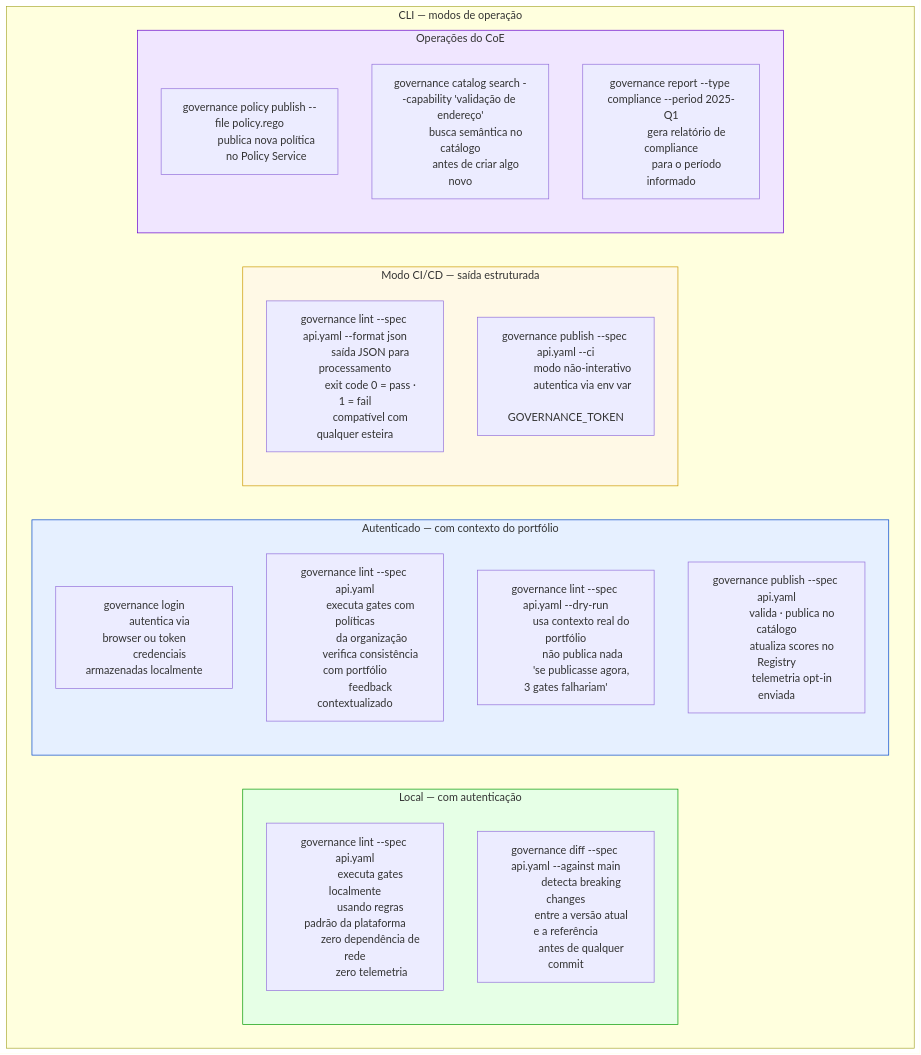
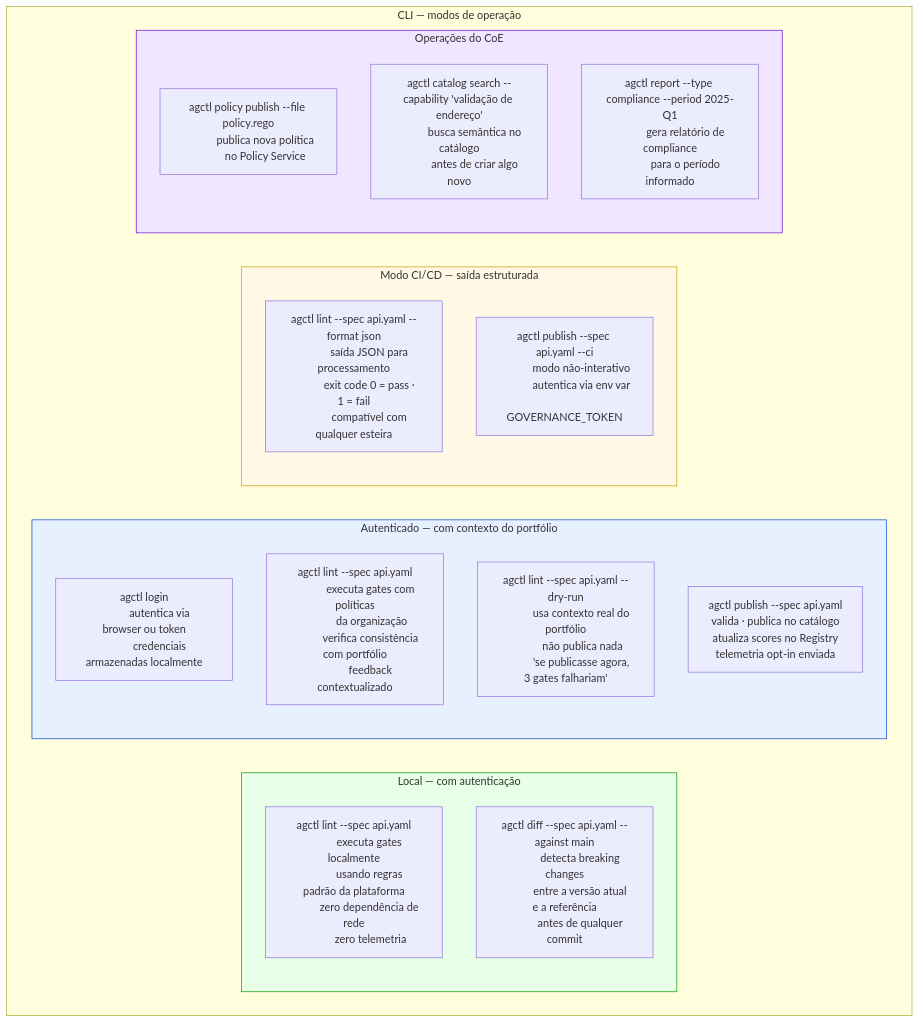
One commit to fgmira/estudo-api-management changed diagram 11 of 18 in docs/modulo-7-plataforma_infraestrutura/cap_7_2_arquitetura_referencia.md. Above: the diagram before and after it, drawn with Mermaid. The commit also changed other lines of this file and 4 other files, not shown here.

````diff
--- a/docs/modulo-7-plataforma_infraestrutura/cap_7_2_arquitetura_referencia.md
+++ b/docs/modulo-7-plataforma_infraestrutura/cap_7_2_arquitetura_referencia.md
@@ -588,72 +602,72 @@
 ```mermaid
 graph TB
     subgraph cli_detail["CLI — modos de operação"]
         direction LR
 
         subgraph local["Local — com autenticação"]
-            l1["governance lint --spec api.yaml
+            l1["agctl lint --spec api.yaml
             executa gates localmente
             usando regras padrão da plataforma
             zero dependência de rede
             zero telemetria"]
 
-            l2["governance diff --spec api.yaml --against main
+            l2["agctl diff --spec api.yaml --against main
             detecta breaking changes
             entre a versão atual e a referência
             antes de qualquer commit"]
         end
 
         subgraph autenticado["Autenticado — com contexto do portfólio"]
-            a1["governance login
+            a1["agctl login
             autentica via browser ou token
             credenciais armazenadas localmente"]
 
-            a2["governance lint --spec api.yaml
+            a2["agctl lint --spec api.yaml
             executa gates com políticas
             da organização
             verifica consistência com portfólio
             feedback contextualizado"]
 
-            a3["governance lint --spec api.yaml --dry-run
+            a3["agctl lint --spec api.yaml --dry-run
             usa contexto real do portfólio
             não publica nada
             'se publicasse agora, 3 gates falhariam'"]
 
-            a4["governance publish --spec api.yaml
+            a4["agctl publish --spec api.yaml
             valida · publica no catálogo
             atualiza scores no Registry
             telemetria opt-in enviada"]
         end
 
         subgraph ci_mode["Modo CI/CD — saída estruturada"]
-            ci1["governance lint --spec api.yaml --format json
+            ci1["agctl lint --spec api.yaml --format json
             saída JSON para processamento
             exit code 0 = pass · 1 = fail
             compatível com qualquer esteira"]
 
-            ci2["governance publish --spec api.yaml --ci
+            ci2["agctl publish --spec api.yaml --ci
             modo não-interativo
             autentica via env var
             GOVERNANCE_TOKEN"]
         end
 
         subgraph admin["Operações do CoE"]
-            ad1["governance policy publish --file policy.rego
+            ad1["agctl policy publish --file policy.rego
             publica nova política
             no Policy Service"]
 
-            ad2["governance catalog search --capability 'validação de endereço'
+            ad2["agctl catalog search --capability 'validação de endereço'
             busca semântica no catálogo
             antes de criar algo novo"]
 
-            ad3["governance report --type compliance --period 2025-Q1
+            ad3["agctl report --type compliance --period 2025-Q1
             gera relatório de compliance
             para o período informado"]
         end
     end
 
     style local fill:#e6ffe6,stroke:#009900
     style autenticado fill:#e6f0ff,stroke:#0044cc
     style ci_mode fill:#fff9e6,stroke:#cc9900
     style admin fill:#f0e6ff,stroke:#6600cc
 ```
````
